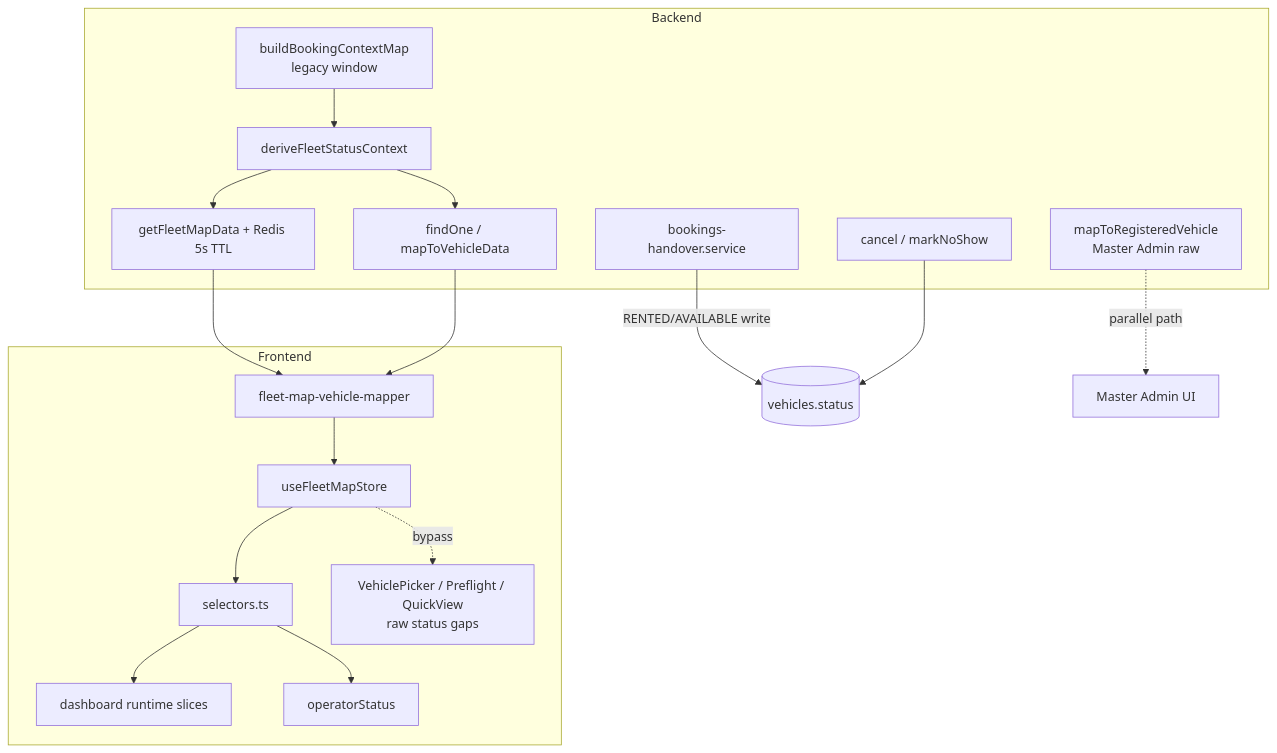
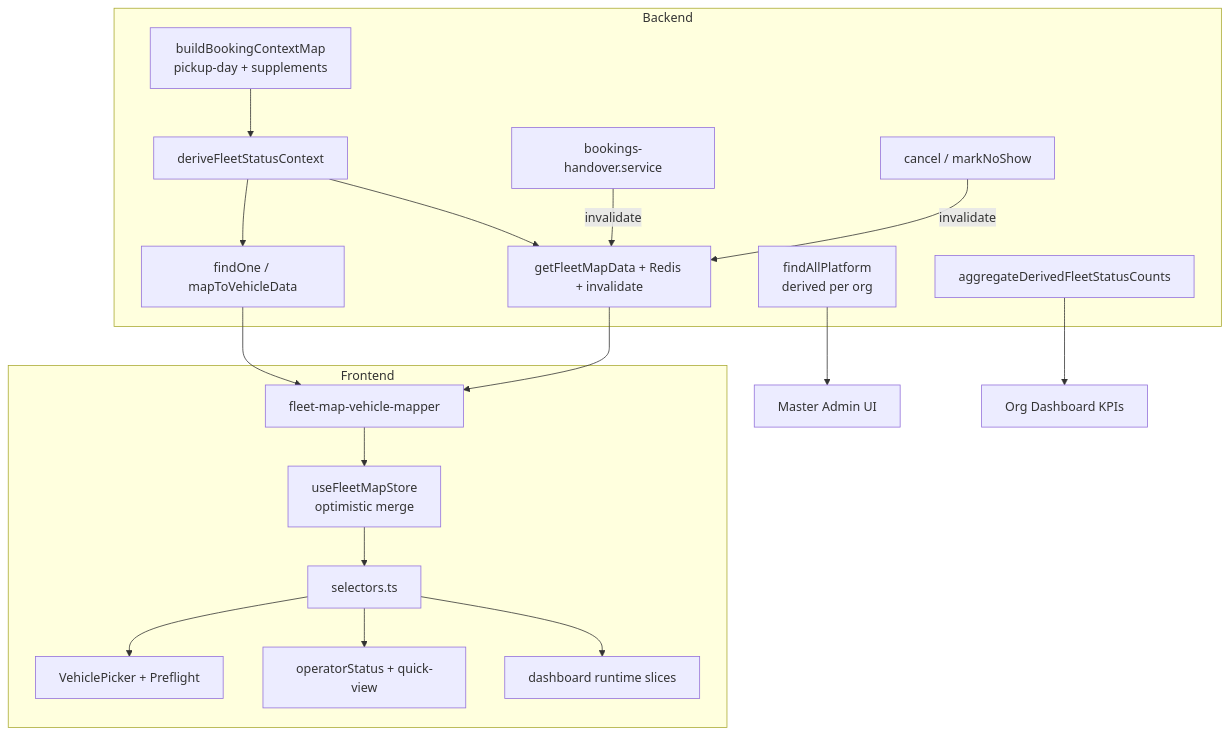
The diagram in docs/audits/vehicle-operational-state-v2-final-audit.md (FATIHS-MGCKS/SYNQDRIVE-alpha), drawn with Mermaid before and after one commit. The commit also changed other lines of this file and 28 other files, not shown here.

First line of the commit message:
fix(vehicles): remediate Vehicle Operational State V2 P1 findings (R-01–R-08)

````diff
--- a/docs/audits/vehicle-operational-state-v2-final-audit.md
+++ b/docs/audits/vehicle-operational-state-v2-final-audit.md
@@ -584,35 +585,37 @@
 ```mermaid
 flowchart TB
   subgraph Backend
-    BCM[buildBookingContextMap<br/>legacy window]
+    BCM[buildBookingContextMap<br/>pickup-day + supplements]
     DFS[deriveFleetStatusContext]
-    FM[getFleetMapData + Redis 5s TTL]
+    FM[getFleetMapData + Redis + invalidate]
     FO[findOne / mapToVehicleData]
     HO[bookings-handover.service]
     CAN[cancel / markNoShow]
-    ADM[mapToRegisteredVehicle<br/>Master Admin raw]
+    ADM[findAllPlatform<br/>derived per org]
+    OS[aggregateDerivedFleetStatusCounts]
   end
 
   subgraph Frontend
     MAP[fleet-map-vehicle-mapper]
     SEL[selectors.ts]
-    STORE[useFleetMapStore]
+    STORE[useFleetMapStore<br/>optimistic merge]
     DASH[dashboard runtime slices]
-    OP[operatorStatus]
-    GAP[VehiclePicker / Preflight / QuickView<br/>raw status gaps]
+    OP[operatorStatus + quick-view]
+    PICK[VehiclePicker + Preflight]
   end
 
   BCM --> DFS
   DFS --> FM
   DFS --> FO
-  HO -->|RENTED/AVAILABLE write| DB[(vehicles.status)]
-  CAN --> DB
+  HO -->|invalidate| FM
+  CAN -->|invalidate| FM
   FM --> MAP
   FO --> MAP
   MAP --> STORE
   STORE --> SEL
   SEL --> DASH
   SEL --> OP
-  STORE -.->|bypass| GAP
-  ADM -.->|parallel path| MasterUI[Master Admin UI]
+  SEL --> PICK
+  ADM --> MasterUI[Master Admin UI]
+  OS --> OrgKPI[Org Dashboard KPIs]
 ```
````
